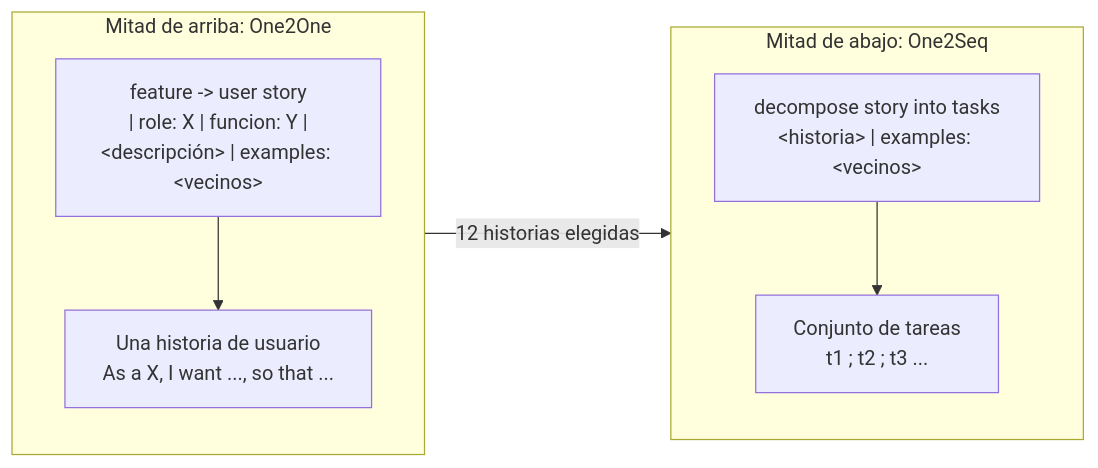
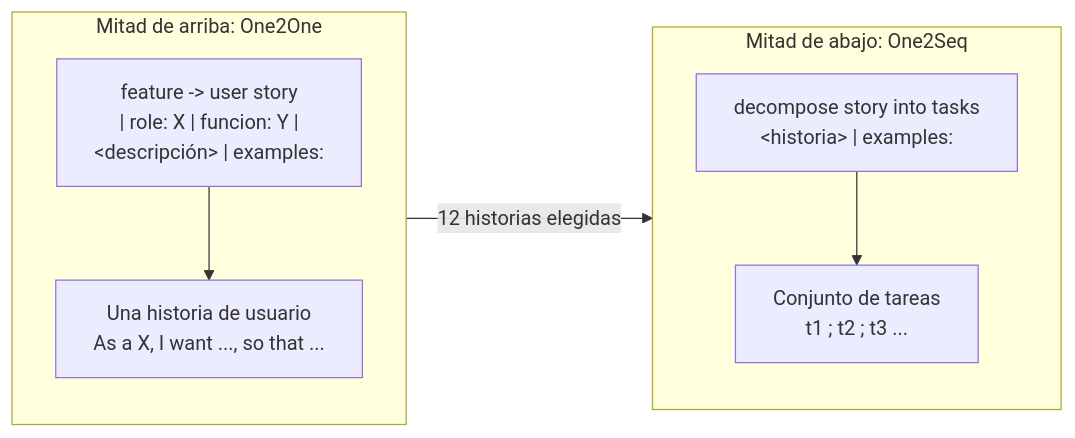
Before and after one commit to DTomasVr/Estimacion-progresiva-backlog: the fourth of 15 diagrams in estimador/DISENO_PIPELINE.md, drawn with Mermaid. The commit also changed other lines of this file and 10 other files, not shown here.

````diff
--- a/estimador/DISENO_PIPELINE.md
+++ b/estimador/DISENO_PIPELINE.md
@@ -455,16 +455,16 @@
 ```mermaid
 flowchart LR
     subgraph ARRIBA["Mitad de arriba: One2One"]
         direction TB
-        A1["feature -> user story<br/>| role: X | funcion: Y |<br/>&lt;descripción&gt; | examples: &lt;vecinos&gt;"]
+        A1["feature -> user story<br/>| role: X | funcion: Y |<br/>&lt;descripción&gt; | examples:"]
         A2["Una historia de usuario<br/>As a X, I want ..., so that ..."]
         A1 --> A2
     end
     subgraph ABAJO["Mitad de abajo: One2Seq"]
         direction TB
-        B1["decompose story into tasks<br/>&lt;historia&gt; | examples: &lt;vecinos&gt;"]
+        B1["decompose story into tasks<br/>&lt;historia&gt; | examples:"]
         B2["Conjunto de tareas<br/>t1 ; t2 ; t3 ..."]
         B1 --> B2
     end
     ARRIBA -->|"12 historias elegidas"| ABAJO
 ```
````
